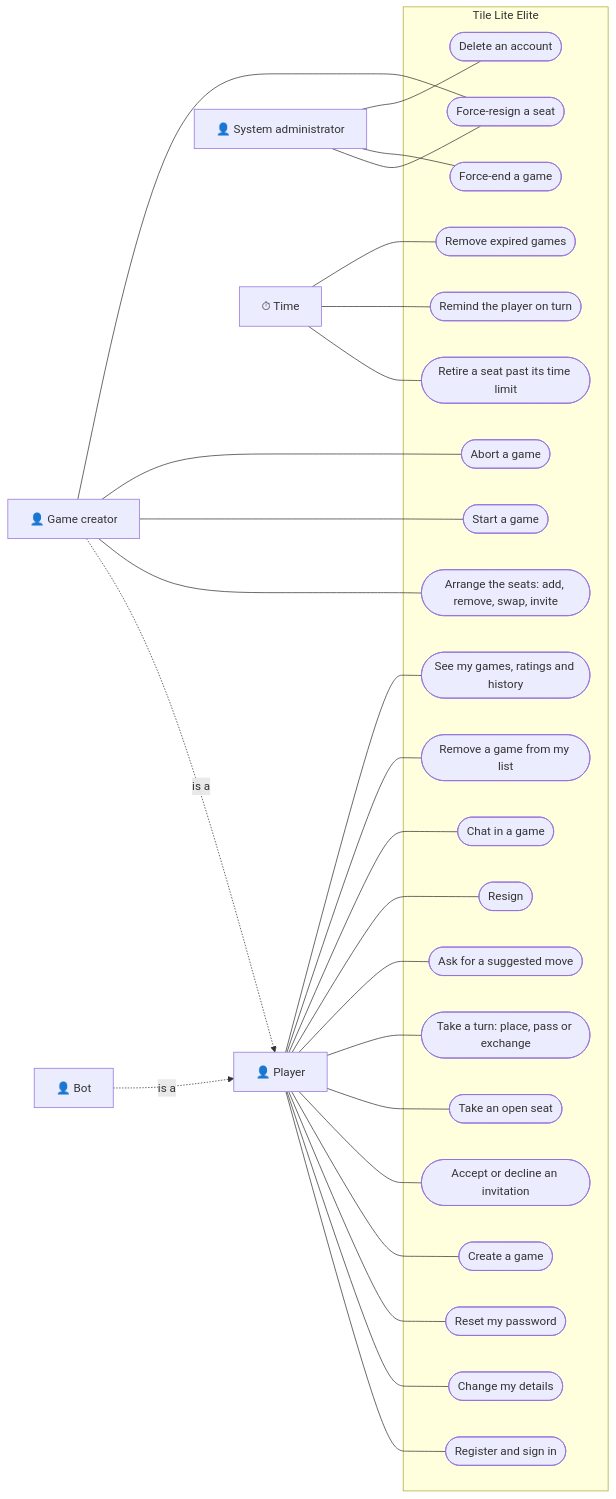
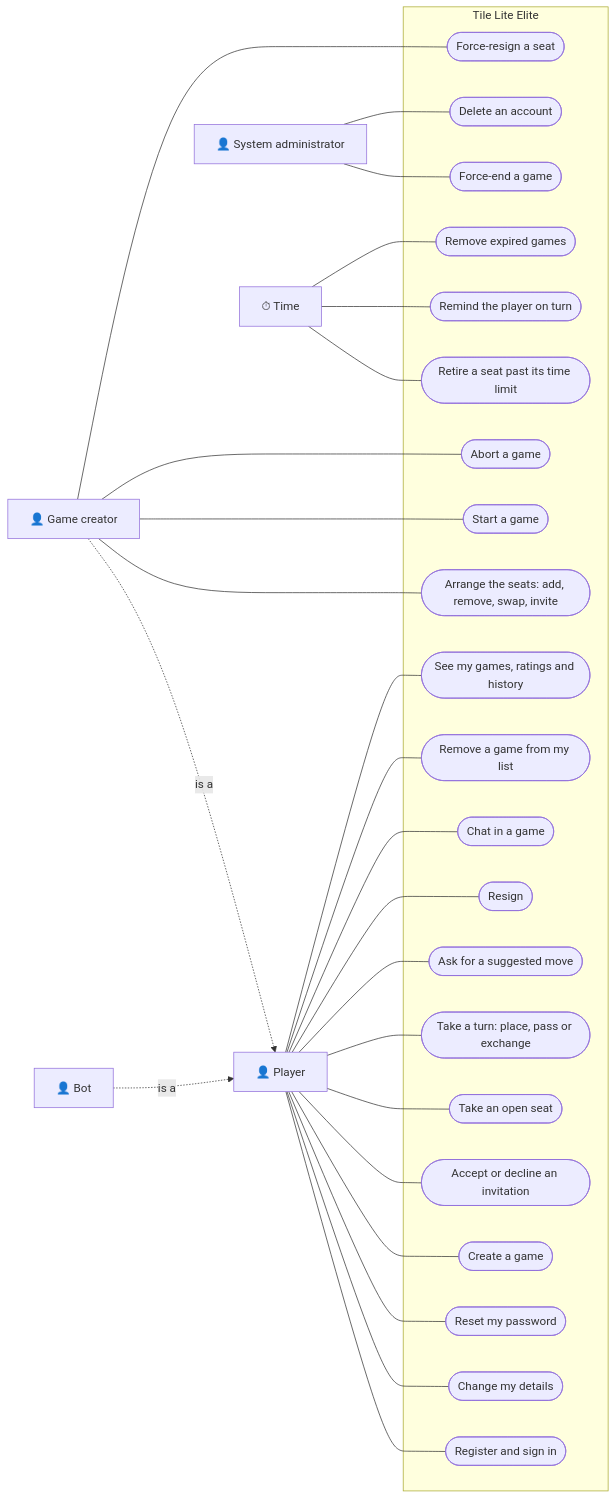
One commit to delphside/programme changed the first of 20 diagrams in docs/changes/workstreams/application-game-architecture/71-one-game-model/71-functional.md. Above: the diagram before and after it, drawn with Mermaid. The commit also changed other lines of this file and 2 other files, not shown here.

````diff
--- a/docs/changes/workstreams/application-game-architecture/71-one-game-model/71-functional.md
+++ b/docs/changes/workstreams/application-game-architecture/71-one-game-model/71-functional.md
@@ -23,58 +23,57 @@
 ```mermaid
 flowchart LR
   player["👤 Player"]
   creator["👤 Game creator"]
   bot["👤 Bot"]
   admin["👤 System administrator"]
   time["⏱ Time"]
 
   creator -. "is a" .-> player
   bot -. "is a" .-> player
 
   subgraph service["Tile Lite Elite"]
     register(["Register and sign in"])
     details(["Change my details"])
     reset(["Reset my password"])
     create(["Create a game"])
     roster(["Arrange the seats: add, remove, swap, invite"])
     start(["Start a game"])
     abort(["Abort a game"])
     forceresign(["Force-resign a seat"])
     answer(["Accept or decline an invitation"])
     open(["Take an open seat"])
     turn(["Take a turn: place, pass or exchange"])
     suggest(["Ask for a suggested move"])
     resign(["Resign"])
     chat(["Chat in a game"])
     hide(["Remove a game from my list"])
     history(["See my games, ratings and history"])
     forceend(["Force-end a game"])
     delete(["Delete an account"])
     retire(["Retire a seat past its time limit"])
     remind(["Remind the player on turn"])
     expire(["Remove expired games"])
   end
 
   player --- register
   player --- details
   player --- reset
   player --- create
   player --- answer
   player --- open
   player --- turn
   player --- suggest
   player --- resign
   player --- chat
   player --- hide
   player --- history
   creator --- roster
   creator --- start
   creator --- abort
   creator --- forceresign
-  admin --- forceresign
   admin --- forceend
   admin --- delete
   time --- retire
   time --- remind
   time --- expire
 ```
````
